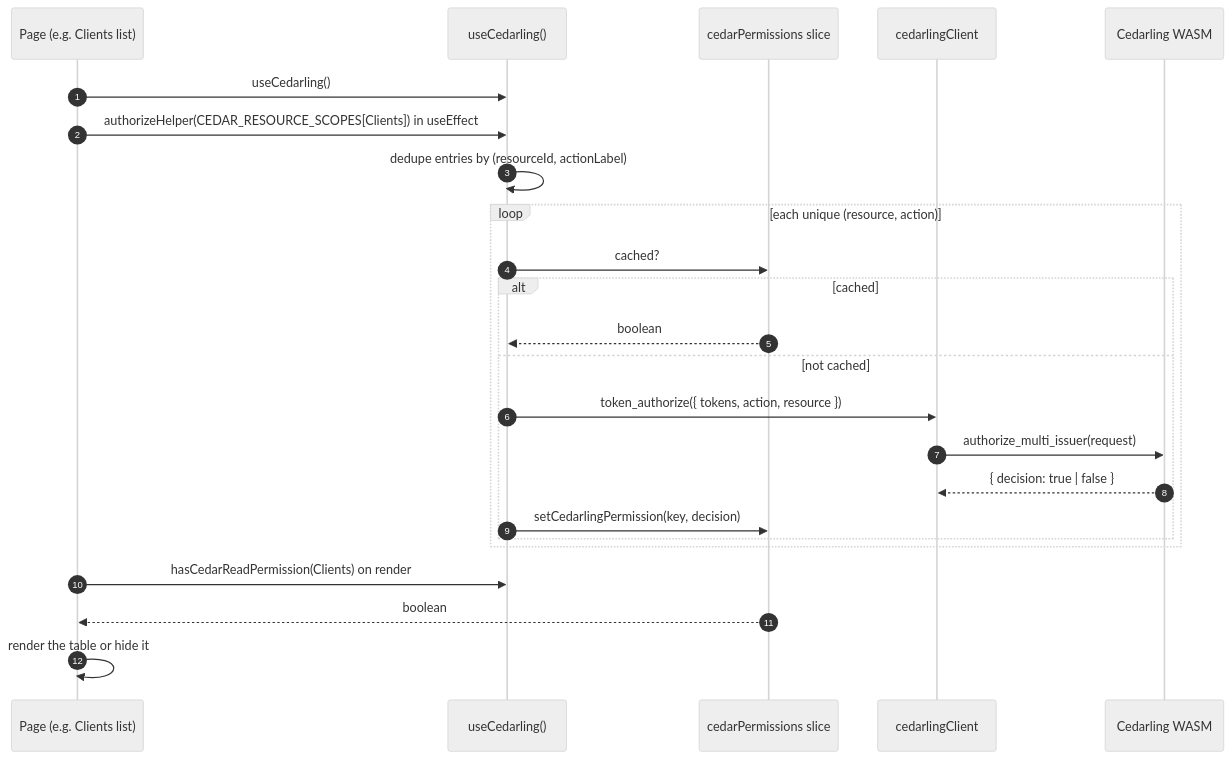
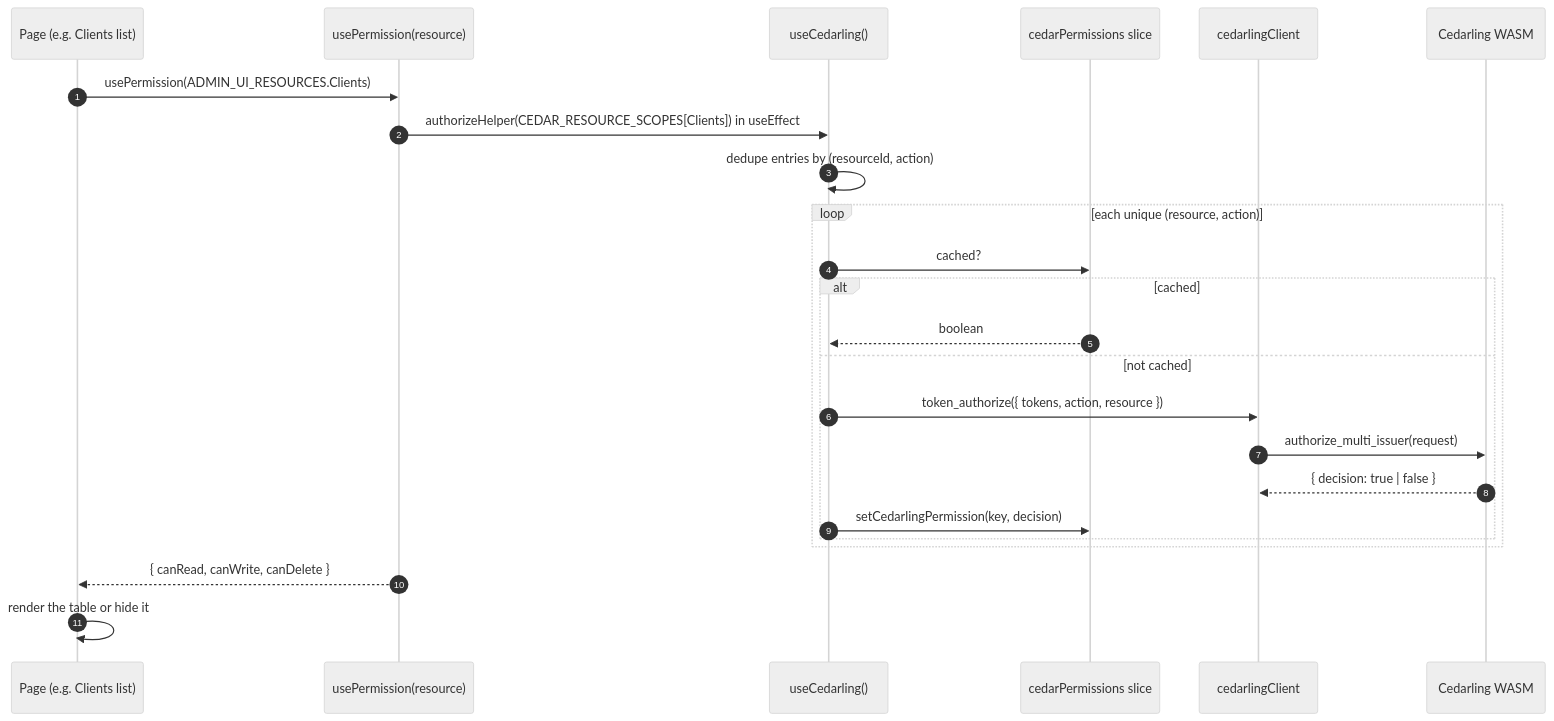
Before and after one commit to GluuFederation/flex: the second of 2 diagrams in admin-ui/docs/cedarling.md, drawn with Mermaid (neutral theme). The commit also changed other lines of this file and 168 other files, not shown here.

First line of the commit message:
refactor(admin-ui): migrate permission gating to Cedarling usePermission + single-source action catalog (#2873)

````diff
--- a/admin-ui/docs/cedarling.md
+++ b/admin-ui/docs/cedarling.md
@@ -46,27 +46,27 @@
 ```mermaid
 sequenceDiagram
     autonumber
     participant Page as Page (e.g. Clients list)
+    participant Perm as usePermission(resource)
     participant Hook as useCedarling()
     participant Cache as cedarPermissions slice
     participant Client as cedarlingClient
     participant Wasm as Cedarling WASM
 
-    Page->>Hook: useCedarling()
-    Page->>Hook: authorizeHelper(CEDAR_RESOURCE_SCOPES[Clients]) in useEffect
-    Hook->>Hook: dedupe entries by (resourceId, actionLabel)
+    Page->>Perm: usePermission(ADMIN_UI_RESOURCES.Clients)
+    Perm->>Hook: authorizeHelper(CEDAR_RESOURCE_SCOPES[Clients]) in useEffect
+    Hook->>Hook: dedupe entries by (resourceId, action)
     loop each unique (resource, action)
         Hook->>Cache: cached?
         alt cached
             Cache-->>Hook: boolean
         else not cached
             Hook->>Client: token_authorize({ tokens, action, resource })
             Client->>Wasm: authorize_multi_issuer(request)
             Wasm-->>Client: { decision: true | false }
             Hook->>Cache: setCedarlingPermission(key, decision)
         end
     end
-    Page->>Hook: hasCedarReadPermission(Clients) on render
-    Cache-->>Page: boolean
+    Perm-->>Page: { canRead, canWrite, canDelete }
     Page->>Page: render the table or hide it
 ```
````
